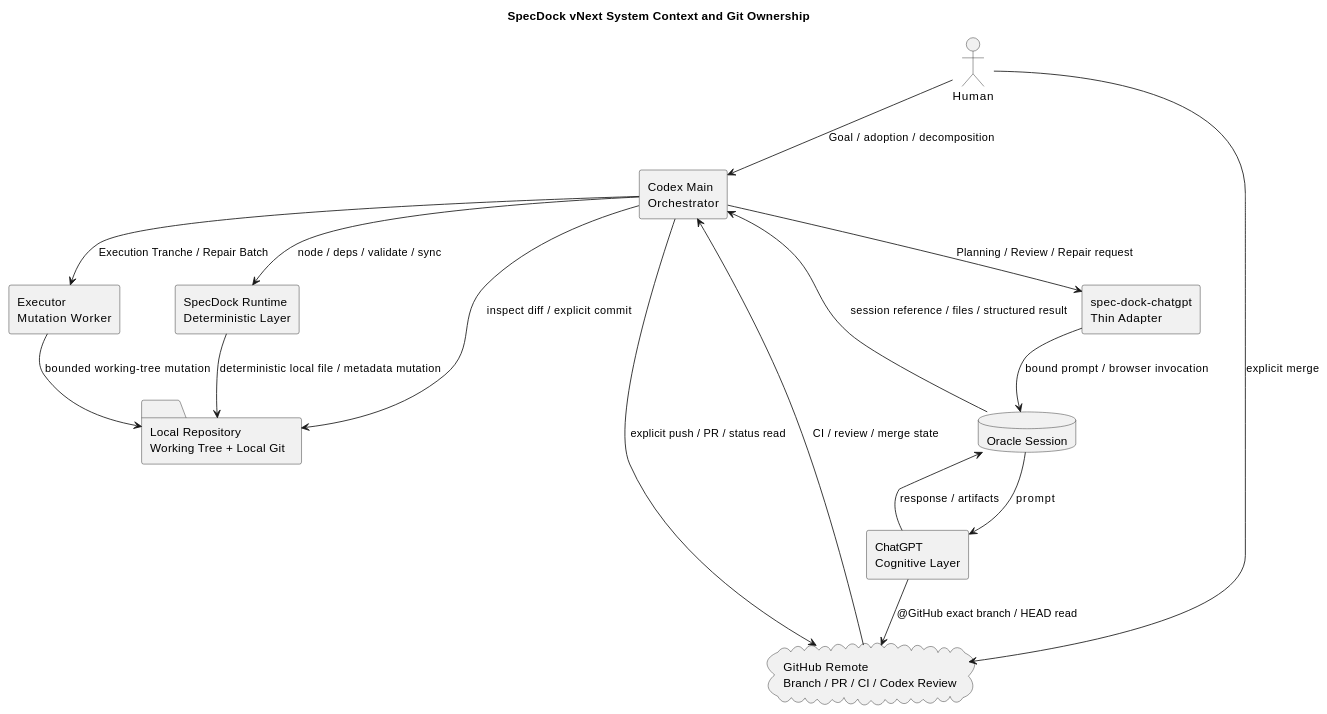
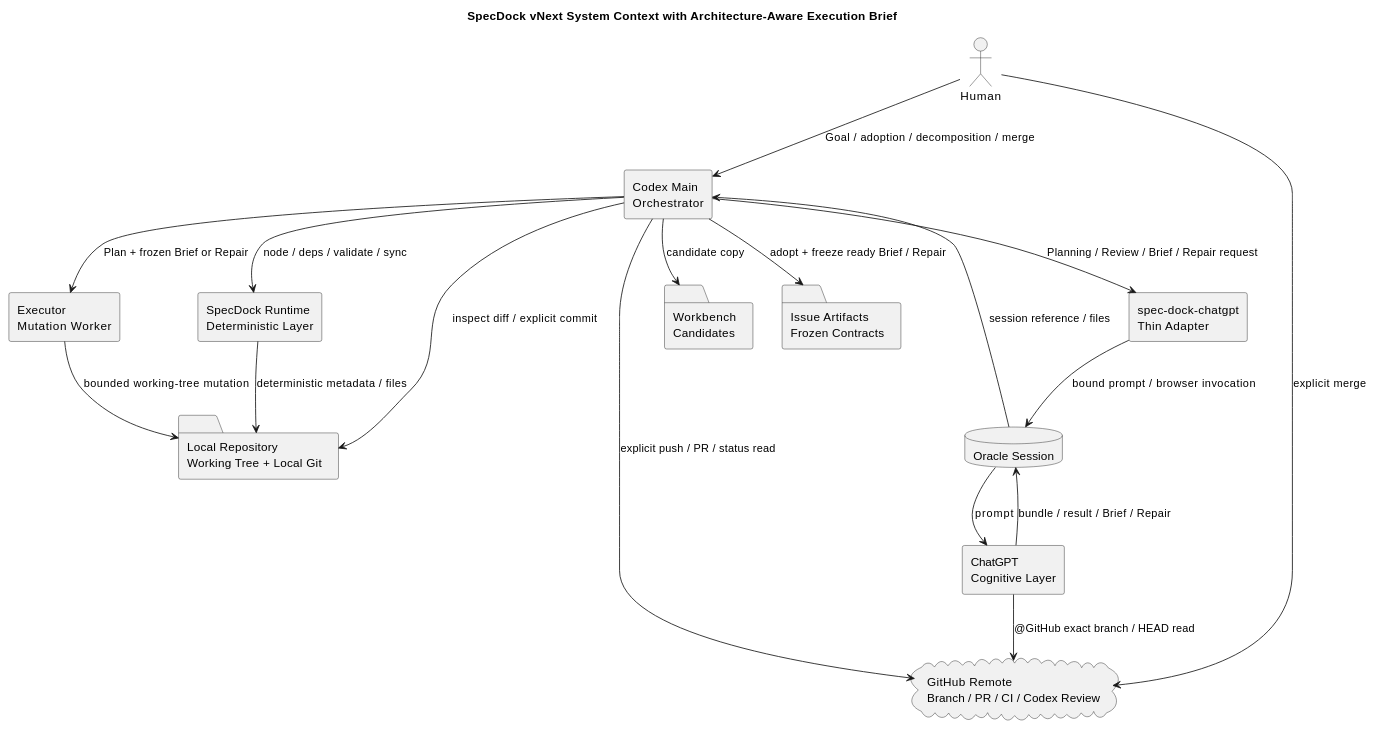
One commit to chemitaro/spec-dock changed the diagram in spec-dock/initiatives/init-00322-gpt-5-6-chatgpt-first-intelligence-architecture/design.md. Above: the diagram before and after it, drawn with PlantUML. The commit also changed other lines of this file and 12 other files, not shown here.

First line of the commit message:
docs(init-00322): Architecture-Aware Execution Brief計画を統合

````diff
--- a/spec-dock/initiatives/init-00322-gpt-5-6-chatgpt-first-intelligence-architecture/design.md
+++ b/spec-dock/initiatives/init-00322-gpt-5-6-chatgpt-first-intelligence-architecture/design.md
@@ -27,30 +22,34 @@
 ```plantuml
 @startuml
-title SpecDock vNext System Context and Git Ownership
+title SpecDock vNext System Context with Architecture-Aware Execution Brief
 skinparam componentStyle rectangle
 actor Human
 component "ChatGPT\nCognitive Layer" as GPT
 component "Codex Main\nOrchestrator" as Main
 component "spec-dock-chatgpt\nThin Adapter" as Adapter
 component "Executor\nMutation Worker" as Exec
 component "SpecDock Runtime\nDeterministic Layer" as Runtime
 folder "Local Repository\nWorking Tree + Local Git" as LocalRepo
 cloud "GitHub Remote\nBranch / PR / CI / Codex Review" as GitHub
 database "Oracle Session" as Oracle
-Human --> Main : Goal / adoption / decomposition
-Human --> GitHub : explicit merge
-Main --> Adapter : Planning / Review / Repair request
+folder "Workbench\nCandidates" as WB
+folder "Issue Artifacts\nFrozen Contracts" as Arts
+
+Human --> Main : Goal / adoption / decomposition / merge
+Main --> Adapter : Planning / Review / Brief / Repair request
 Adapter --> Oracle : bound prompt / browser invocation
 Oracle --> GPT : prompt
 GPT --> GitHub : @GitHub exact branch / HEAD read
-GPT --> Oracle : response / artifacts
-Oracle --> Main : session reference / files / structured result
-Main --> Exec : Execution Tranche / Repair Batch
+GPT --> Oracle : bundle / result / Brief / Repair
+Oracle --> Main : session reference / files
+Main --> WB : candidate copy
+Main --> Arts : adopt + freeze ready Brief / Repair
+Main --> Exec : Plan + frozen Brief or Repair
 Exec --> LocalRepo : bounded working-tree mutation
 Main --> Runtime : node / deps / validate / sync
-Runtime --> LocalRepo : deterministic local file / metadata mutation
+Runtime --> LocalRepo : deterministic metadata / files
 Main --> LocalRepo : inspect diff / explicit commit
 Main --> GitHub : explicit push / PR / status read
-GitHub --> Main : CI / review / merge state
+Human --> GitHub : explicit merge
 @enduml
 ```
````
